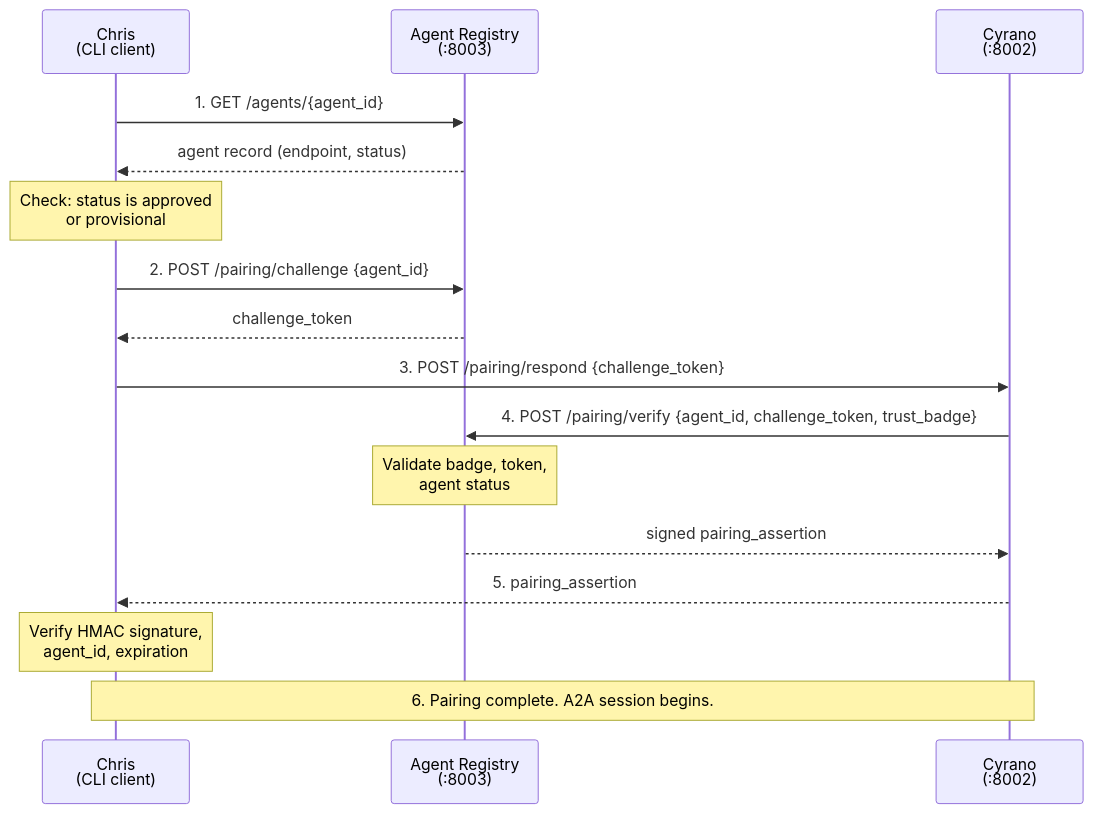
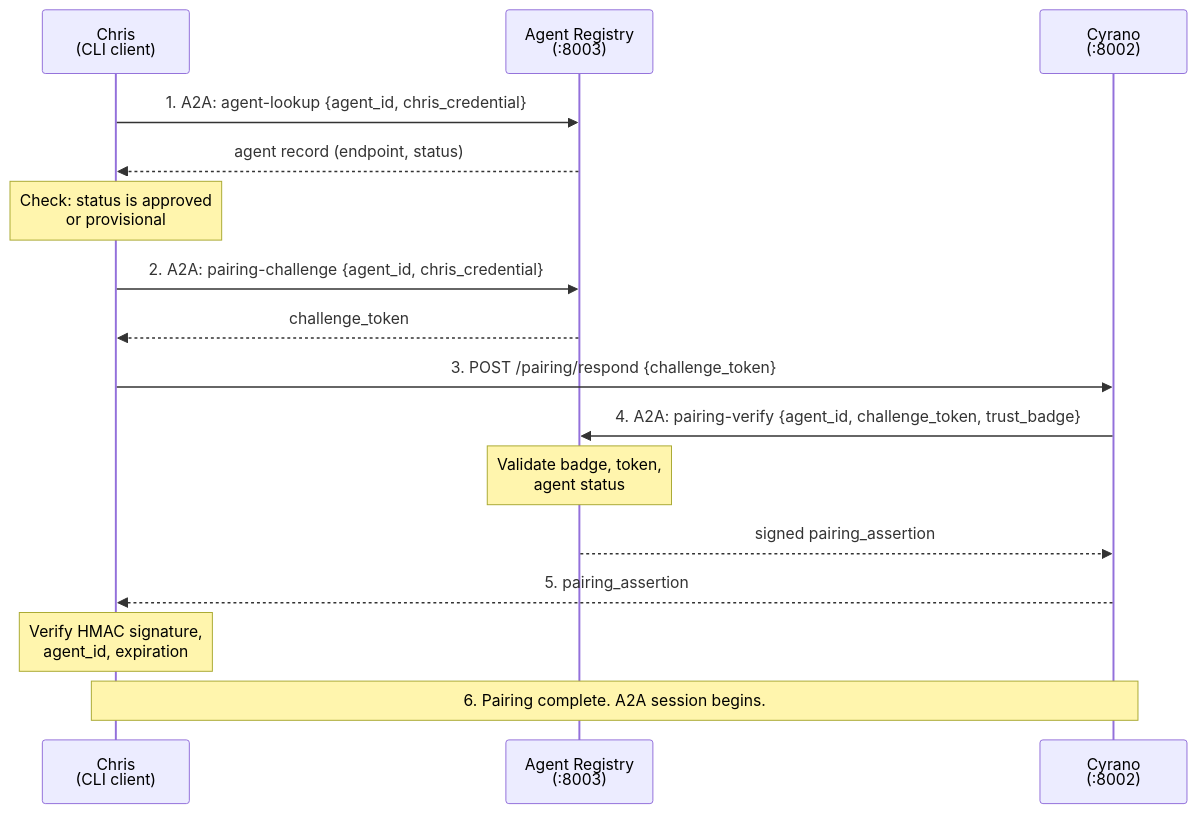
The second of 6 diagrams in Architecture/system-architecture-mermaid.md (OpenBeavs/Cyrano-de-Bergerac-A2A-Secure), drawn with Mermaid before and after one commit. The commit also changed other lines of this file and 29 other files, not shown here.

````diff
--- a/Architecture/system-architecture-mermaid.md
+++ b/Architecture/system-architecture-mermaid.md
@@ -39,28 +39,28 @@
 ```mermaid
 sequenceDiagram
     participant Chris as Chris<br/>(CLI client)
     participant Registry as Agent Registry<br/>(:8003)
     participant Cyrano as Cyrano<br/>(:8002)
 
-    Chris->>Registry: 1. GET /agents/{agent_id}
+    Chris->>Registry: 1. A2A: agent-lookup {agent_id, chris_credential}
     Registry-->>Chris: agent record (endpoint, status)
 
     Note over Chris: Check: status is approved<br/>or provisional
 
-    Chris->>Registry: 2. POST /pairing/challenge {agent_id}
+    Chris->>Registry: 2. A2A: pairing-challenge {agent_id, chris_credential}
     Registry-->>Chris: challenge_token
 
     Chris->>Cyrano: 3. POST /pairing/respond {challenge_token}
 
-    Cyrano->>Registry: 4. POST /pairing/verify {agent_id, challenge_token, trust_badge}
+    Cyrano->>Registry: 4. A2A: pairing-verify {agent_id, challenge_token, trust_badge}
 
     Note over Registry: Validate badge, token,<br/>agent status
 
     Registry-->>Cyrano: signed pairing_assertion
 
     Cyrano-->>Chris: 5. pairing_assertion
 
     Note over Chris: Verify HMAC signature,<br/>agent_id, expiration
 
     Note over Chris,Cyrano: 6. Pairing complete. A2A session begins.
 ```
````
